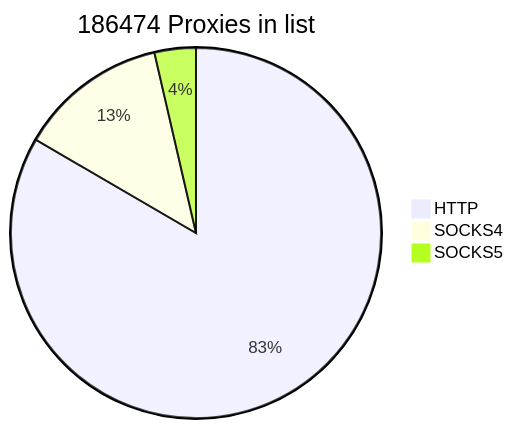
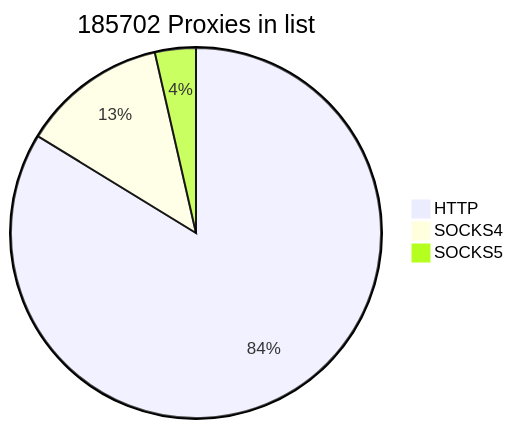
Before and after one commit to cutipu/proxylist: the first of 2 diagrams in README.md, drawn with Mermaid. The commit also changed other lines of this file, not shown here.

````diff
--- a/README.md
+++ b/README.md
@@ -2,7 +2,7 @@
 ```mermaid
-pie title 186474 Proxies in list
-    "HTTP" : 155500
-    "SOCKS4" : 24242
-    "SOCKS5" : 6732
+pie title 185702 Proxies in list
+    "HTTP" : 155524
+    "SOCKS4" : 23546
+    "SOCKS5" : 6632
             
 ```
````
